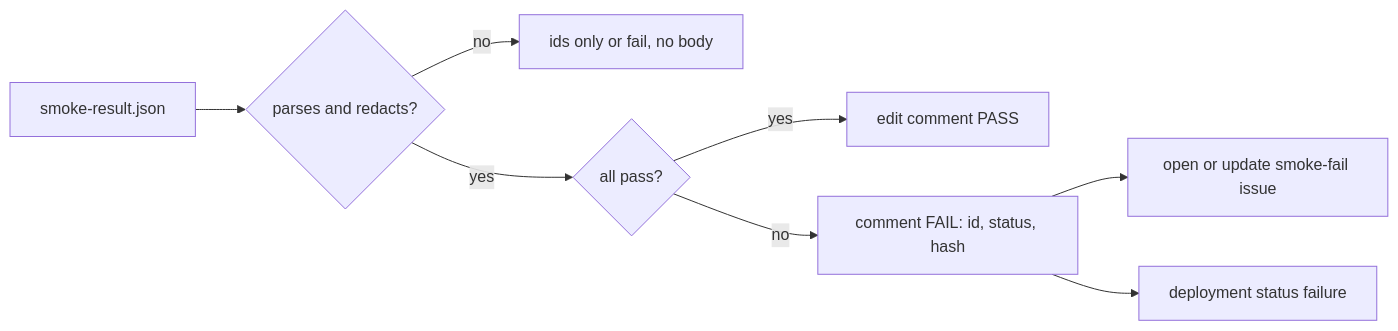
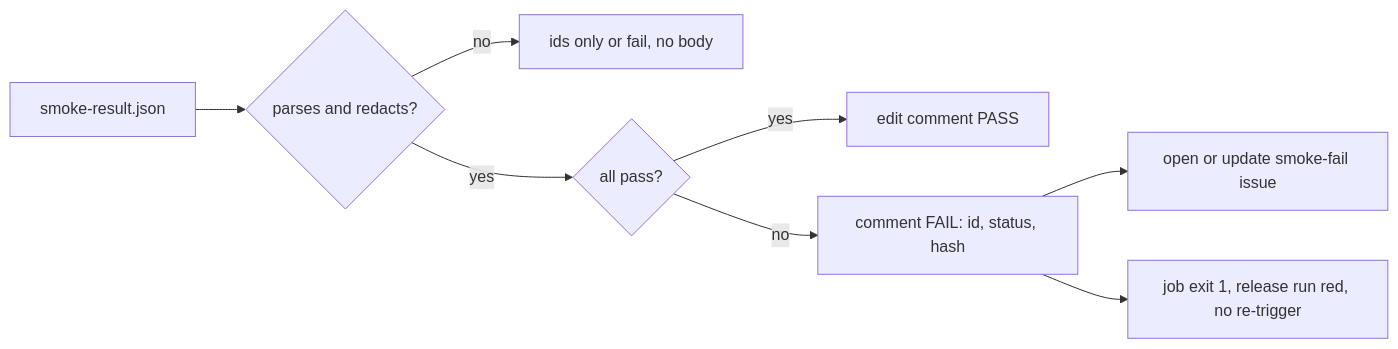
The first of 2 diagrams in docs/pbi/smoke/SM06.md (svennijhuis/agentic-workflows), drawn with Mermaid before and after one commit. The commit also changed other lines of this file and 6 other files, not shown here.

Commit message:
docs(pbi): smoke SM03-SM07, Cursor review fixes at 3c65a17, workflow_call instead of deployment_status (nonprod), own smoke environment

````diff
--- a/docs/pbi/smoke/SM06.md
+++ b/docs/pbi/smoke/SM06.md
@@ -38,10 +39,10 @@
 ```mermaid
 flowchart LR
   R[smoke-result.json] --> J{parses and redacts?}
   J -->|no| X[ids only or fail, no body]
   J -->|yes| P{all pass?}
   P -->|yes| C1[edit comment PASS]
   P -->|no| C2[comment FAIL: id, status, hash]
   C2 --> I[open or update smoke-fail issue]
-  C2 --> D[deployment status failure]
+  C2 --> D[job exit 1, release run red, no re-trigger]
 ```
````
